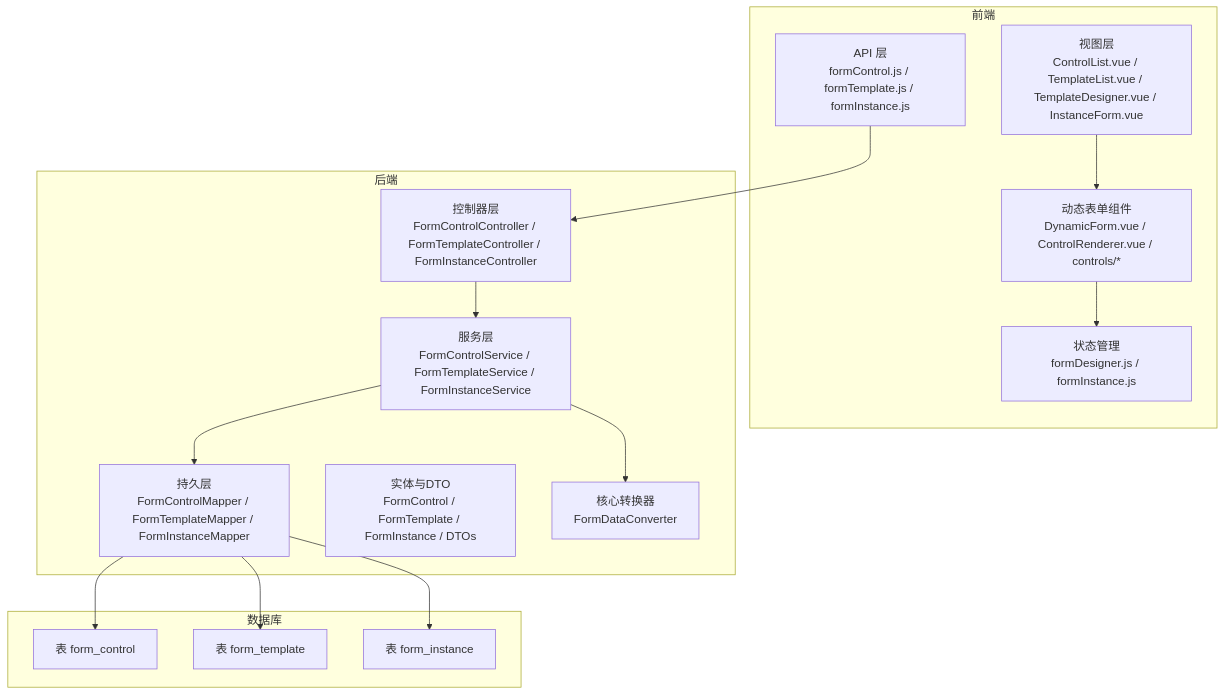
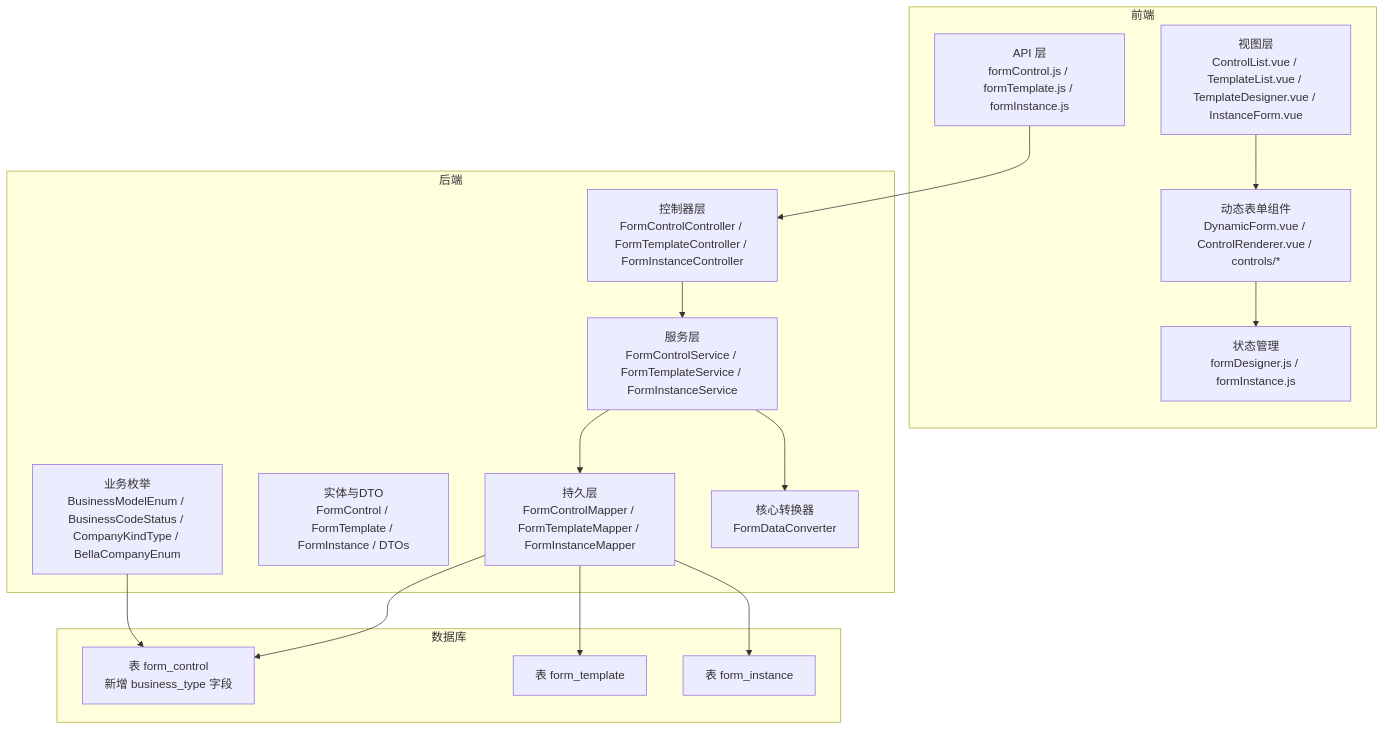
One commit to NJMrLi/genetics changed the first of 7 diagrams in .qoder/repowiki/zh/content/前端架构设计/动态表单渲染机制/动态表单渲染机制.md. Above: the diagram before and after it, drawn with Mermaid. The commit also changed other lines of this file and 19 other files, not shown here.

````diff
--- a/.qoder/repowiki/zh/content/前端架构设计/动态表单渲染机制/动态表单渲染机制.md
+++ b/.qoder/repowiki/zh/content/前端架构设计/动态表单渲染机制/动态表单渲染机制.md
@@ -38,30 +53,32 @@
 ```mermaid
 graph TB
 subgraph "前端"
 FE_API["API 层<br/>formControl.js / formTemplate.js / formInstance.js"]
 FE_VIEWS["视图层<br/>ControlList.vue / TemplateList.vue / TemplateDesigner.vue / InstanceForm.vue"]
 FE_COMP["动态表单组件<br/>DynamicForm.vue / ControlRenderer.vue / controls/*"]
 FE_STORE["状态管理<br/>formDesigner.js / formInstance.js"]
 end
 subgraph "后端"
 BE_CTRL["控制器层<br/>FormControlController / FormTemplateController / FormInstanceController"]
 BE_SVC["服务层<br/>FormControlService / FormTemplateService / FormInstanceService"]
 BE_MAPPER["持久层<br/>FormControlMapper / FormTemplateMapper / FormInstanceMapper"]
 BE_ENT["实体与DTO<br/>FormControl / FormTemplate / FormInstance / DTOs"]
+BE_ENUM["业务枚举<br/>BusinessModelEnum / BusinessCodeStatus / CompanyKindType / BellaCompanyEnum"]
 BE_CONV["核心转换器<br/>FormDataConverter"]
 end
 subgraph "数据库"
-DB_FORM_CONTROL["表 form_control"]
+DB_FORM_CONTROL["表 form_control<br/>新增 business_type 字段"]
 DB_FORM_TEMPLATE["表 form_template"]
 DB_FORM_INSTANCE["表 form_instance"]
 end
 FE_API --> BE_CTRL
 FE_VIEWS --> FE_COMP
 FE_COMP --> FE_STORE
 BE_CTRL --> BE_SVC
 BE_SVC --> BE_MAPPER
 BE_MAPPER --> DB_FORM_CONTROL
 BE_MAPPER --> DB_FORM_TEMPLATE
 BE_MAPPER --> DB_FORM_INSTANCE
 BE_SVC --> BE_CONV
+BE_ENUM --> DB_FORM_CONTROL
 ```
````
